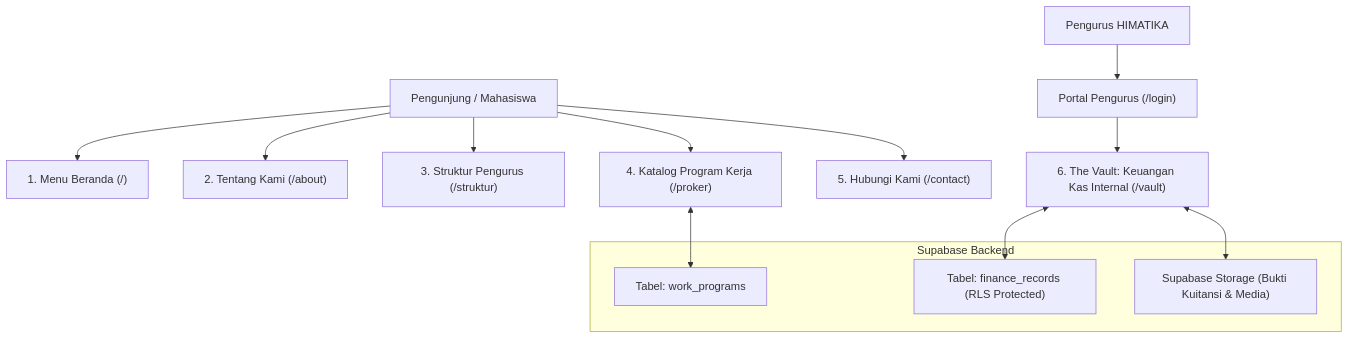
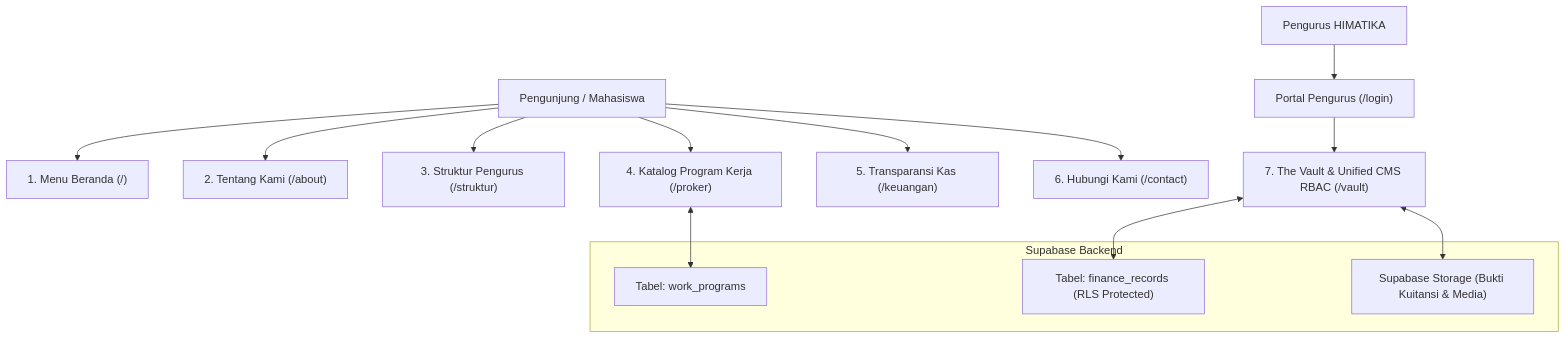
One commit to Ganshirae/himatika_web changed the first of 2 diagrams in PROJECT.md. Above: the diagram before and after it, drawn with Mermaid. The commit also changed other lines of this file and 40 other files, not shown here.

````diff
--- a/PROJECT.md
+++ b/PROJECT.md
@@ -62,21 +62,22 @@
 ```mermaid
 flowchart TD
     User["Pengunjung / Mahasiswa"] --> Home["1. Menu Beranda (/)"]
     User --> About["2. Tentang Kami (/about)"]
     User --> Struktur["3. Struktur Pengurus (/struktur)"]
     User --> Proker["4. Katalog Program Kerja (/proker)"]
-    User --> Contact["5. Hubungi Kami (/contact)"]
+    User --> Keuangan["5. Transparansi Kas (/keuangan)"]
+    User --> Contact["6. Hubungi Kami (/contact)"]
     
     Pengurus["Pengurus HIMATIKA"] --> Login["Portal Pengurus (/login)"]
-    Login --> Vault["6. The Vault: Keuangan Kas Internal (/vault)"]
+    Login --> Vault["7. The Vault & Unified CMS RBAC (/vault)"]
 
     subgraph DataLayer ["Supabase Backend"]
         DB_Proker["Tabel: work_programs"]
         DB_Finance["Tabel: finance_records (RLS Protected)"]
         DB_Storage["Supabase Storage (Bukti Kuitansi & Media)"]
     end
 
     Proker <--> DB_Proker
     Vault <--> DB_Finance
     Vault <--> DB_Storage
 ```
````
